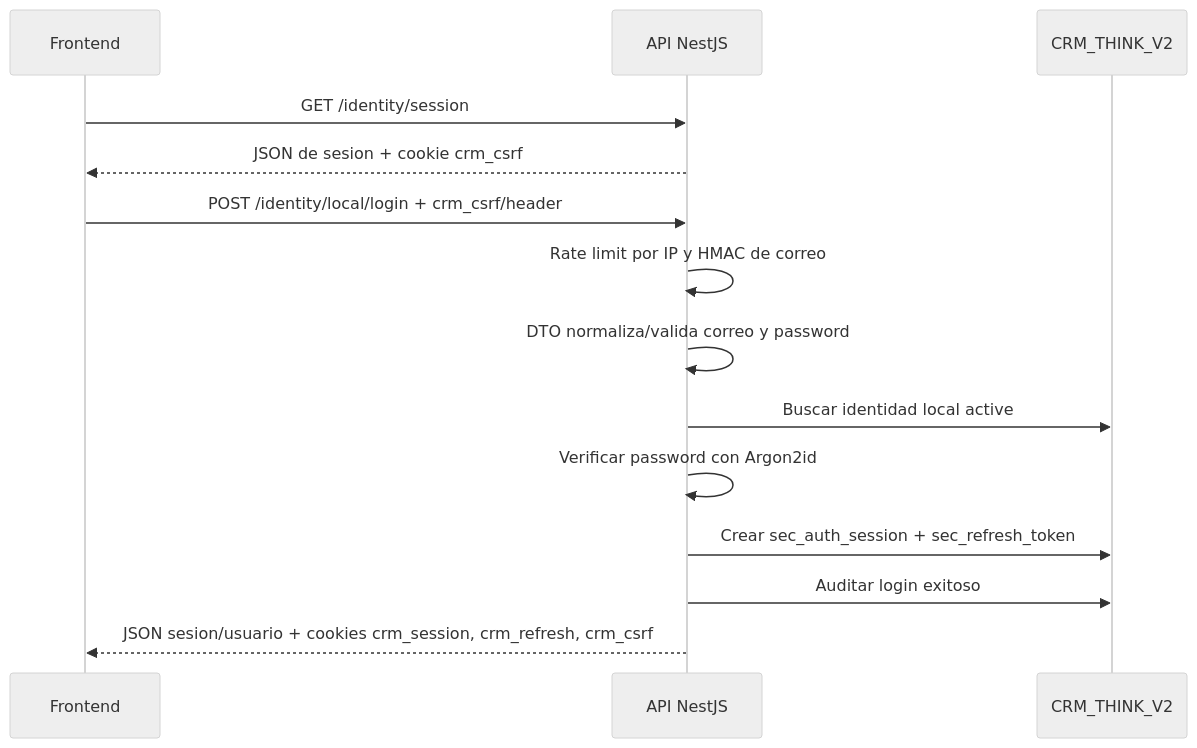
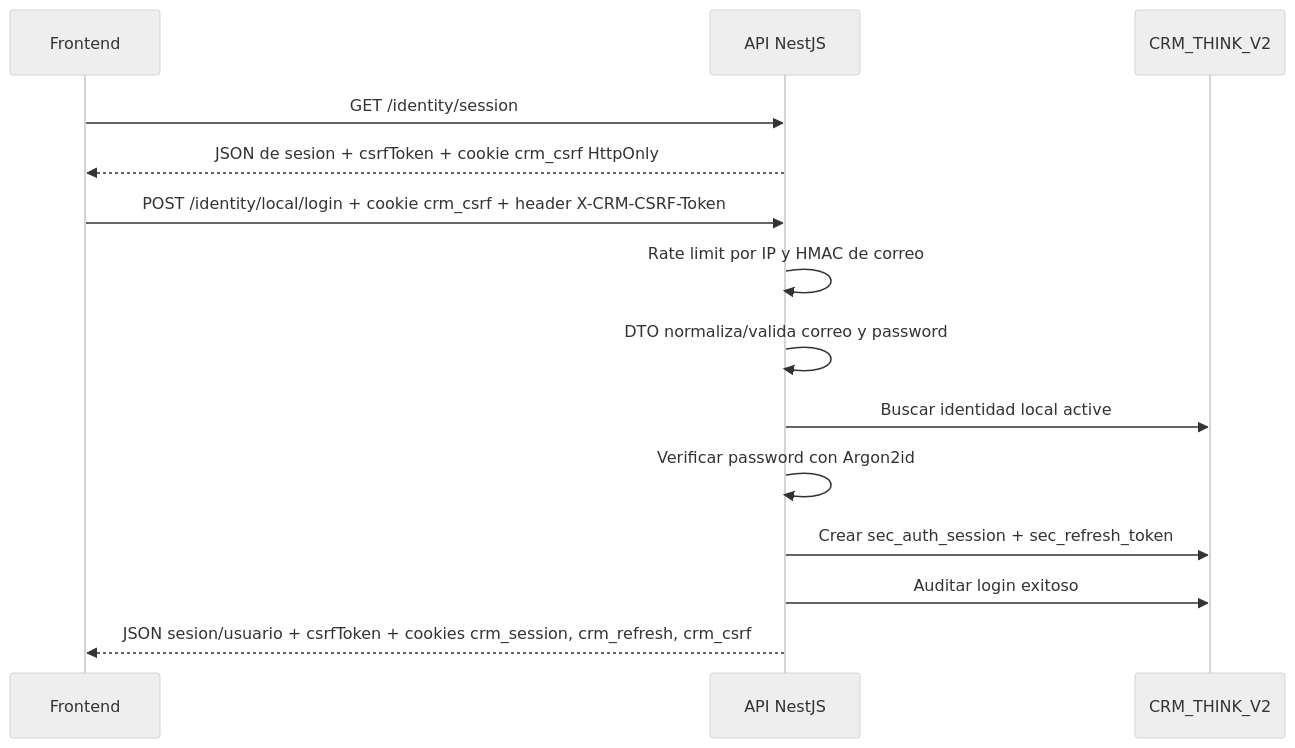
Before and after one commit to roccacr/CRM_VENTAS: the first of 3 diagrams in apps/api/Arquitectura/24-Seguridad-Autenticacion-BFF-OIDC-Local.md, drawn with Mermaid (neutral theme). The commit also changed other lines of this file and 64 other files, not shown here.

````diff
--- a/apps/api/Arquitectura/24-Seguridad-Autenticacion-BFF-OIDC-Local.md
+++ b/apps/api/Arquitectura/24-Seguridad-Autenticacion-BFF-OIDC-Local.md
@@ -231,16 +231,16 @@
 ```mermaid
 sequenceDiagram
   participant FE as Frontend
   participant API as API NestJS
   participant DB as CRM_THINK_V2
   FE->>API: GET /identity/session
-  API-->>FE: JSON de sesion + cookie crm_csrf
-  FE->>API: POST /identity/local/login + crm_csrf/header
+  API-->>FE: JSON de sesion + csrfToken + cookie crm_csrf HttpOnly
+  FE->>API: POST /identity/local/login + cookie crm_csrf + header X-CRM-CSRF-Token
   API->>API: Rate limit por IP y HMAC de correo
   API->>API: DTO normaliza/valida correo y password
   API->>DB: Buscar identidad local active
   API->>API: Verificar password con Argon2id
   API->>DB: Crear sec_auth_session + sec_refresh_token
   API->>DB: Auditar login exitoso
-  API-->>FE: JSON sesion/usuario + cookies crm_session, crm_refresh, crm_csrf
+  API-->>FE: JSON sesion/usuario + csrfToken + cookies crm_session, crm_refresh, crm_csrf
 ```
````
